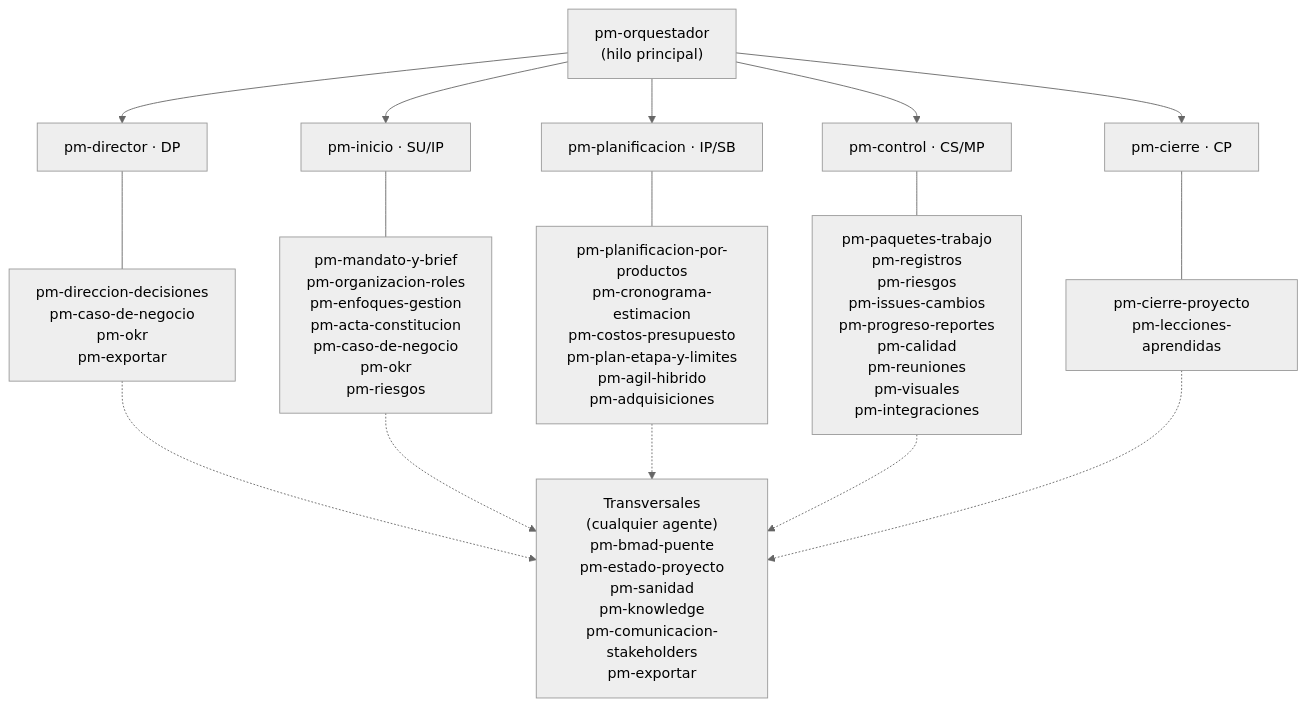
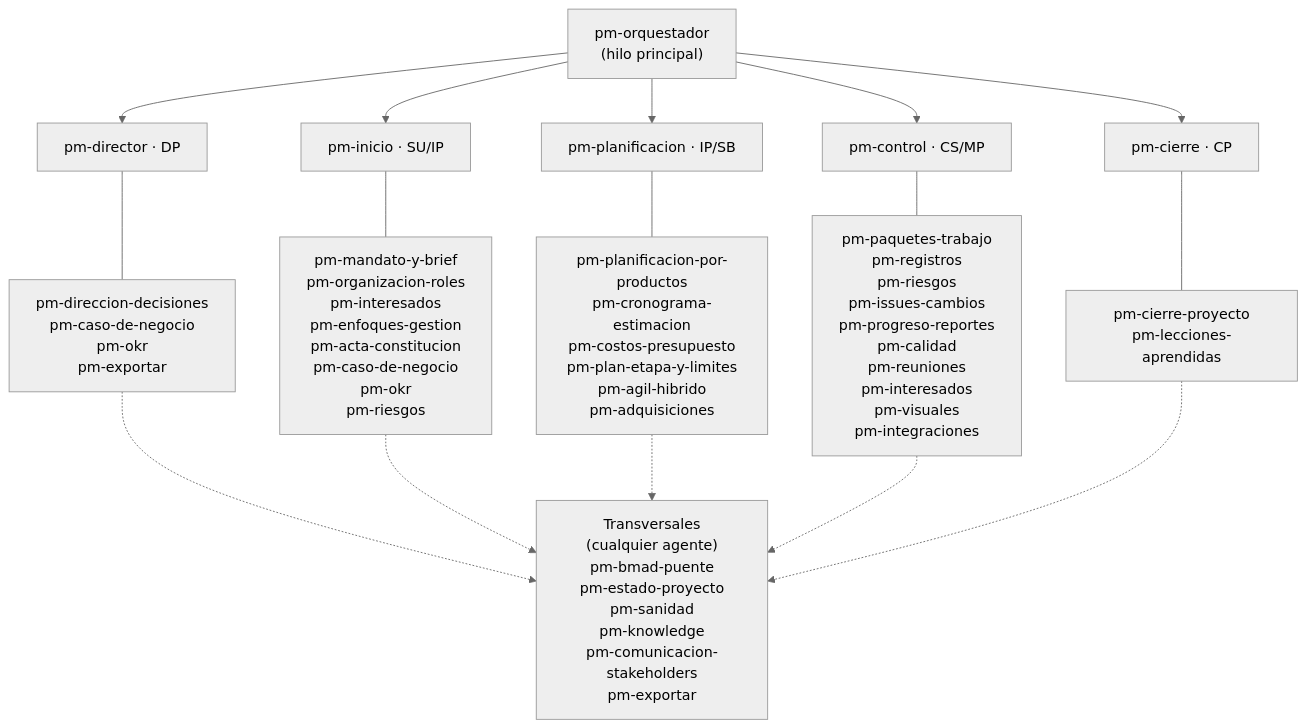
Before and after one commit to Arturo-Penas-Rial/pm-method: the sixth of 7 diagrams in README.md, drawn with Mermaid (neutral theme). The commit also changed other lines of this file and 144 other files, not shown here.

Commit message:
pm-method 2.2.0: maestro de interesados, capa de canales, OKR v2.2, riesgos desde cuatro fuentes y controles permanentes

````diff
--- a/README.md
+++ b/README.md
@@ -206,12 +235,12 @@
 ```mermaid
 flowchart TB
     ORQ["pm-orquestador<br/>(hilo principal)"]
     ORQ --> DIR & INI & PLA & CON & CIE
     DIR["pm-director · DP"] --- sd["pm-direccion-decisiones<br/>pm-caso-de-negocio<br/>pm-okr<br/>pm-exportar"]
-    INI["pm-inicio · SU/IP"] --- si["pm-mandato-y-brief<br/>pm-organizacion-roles<br/>pm-enfoques-gestion<br/>pm-acta-constitucion<br/>pm-caso-de-negocio<br/>pm-okr<br/>pm-riesgos"]
+    INI["pm-inicio · SU/IP"] --- si["pm-mandato-y-brief<br/>pm-organizacion-roles<br/>pm-interesados<br/>pm-enfoques-gestion<br/>pm-acta-constitucion<br/>pm-caso-de-negocio<br/>pm-okr<br/>pm-riesgos"]
     PLA["pm-planificacion · IP/SB"] --- sp["pm-planificacion-por-productos<br/>pm-cronograma-estimacion<br/>pm-costos-presupuesto<br/>pm-plan-etapa-y-limites<br/>pm-agil-hibrido<br/>pm-adquisiciones"]
-    CON["pm-control · CS/MP"] --- sc["pm-paquetes-trabajo<br/>pm-registros<br/>pm-riesgos<br/>pm-issues-cambios<br/>pm-progreso-reportes<br/>pm-calidad<br/>pm-reuniones<br/>pm-visuales<br/>pm-integraciones"]
+    CON["pm-control · CS/MP"] --- sc["pm-paquetes-trabajo<br/>pm-registros<br/>pm-riesgos<br/>pm-issues-cambios<br/>pm-progreso-reportes<br/>pm-calidad<br/>pm-reuniones<br/>pm-interesados<br/>pm-visuales<br/>pm-integraciones"]
     CIE["pm-cierre · CP"] --- se["pm-cierre-proyecto<br/>pm-lecciones-aprendidas"]
     TR["Transversales<br/>(cualquier agente)<br/>pm-bmad-puente<br/>pm-estado-proyecto<br/>pm-sanidad<br/>pm-knowledge<br/>pm-comunicacion-stakeholders<br/>pm-exportar"]
     sd & si & sp & sc & se -.-> TR
 ```
````
